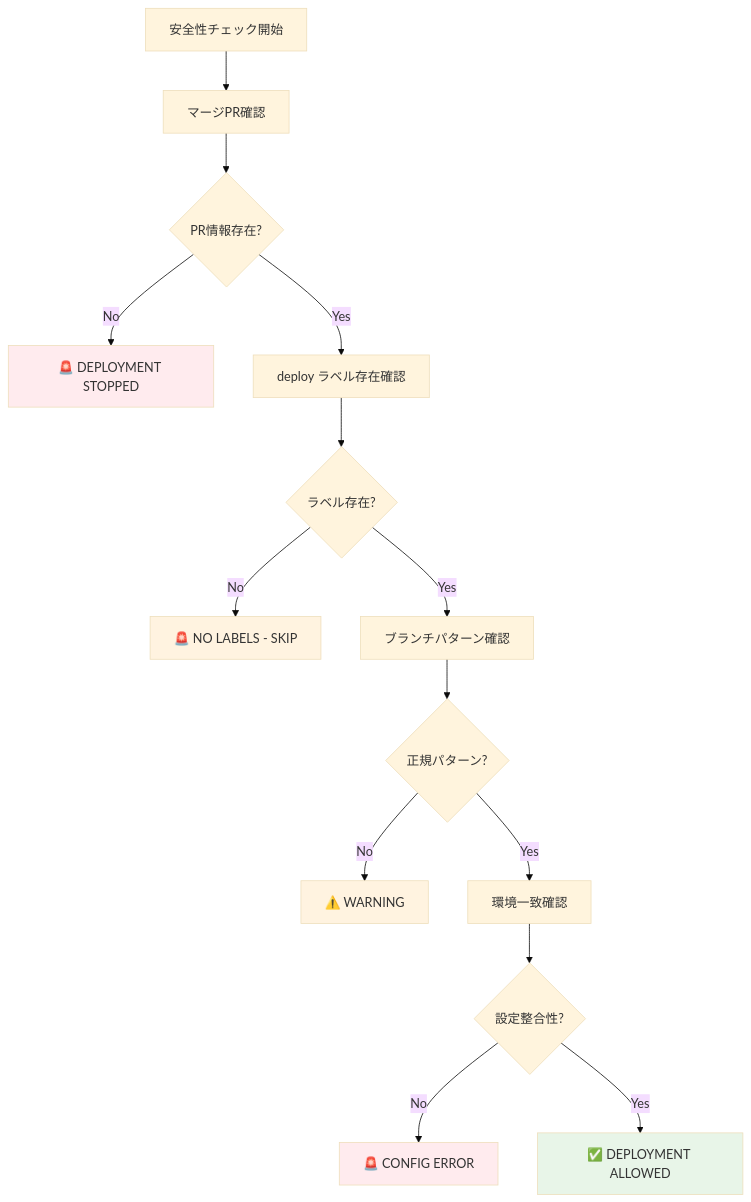
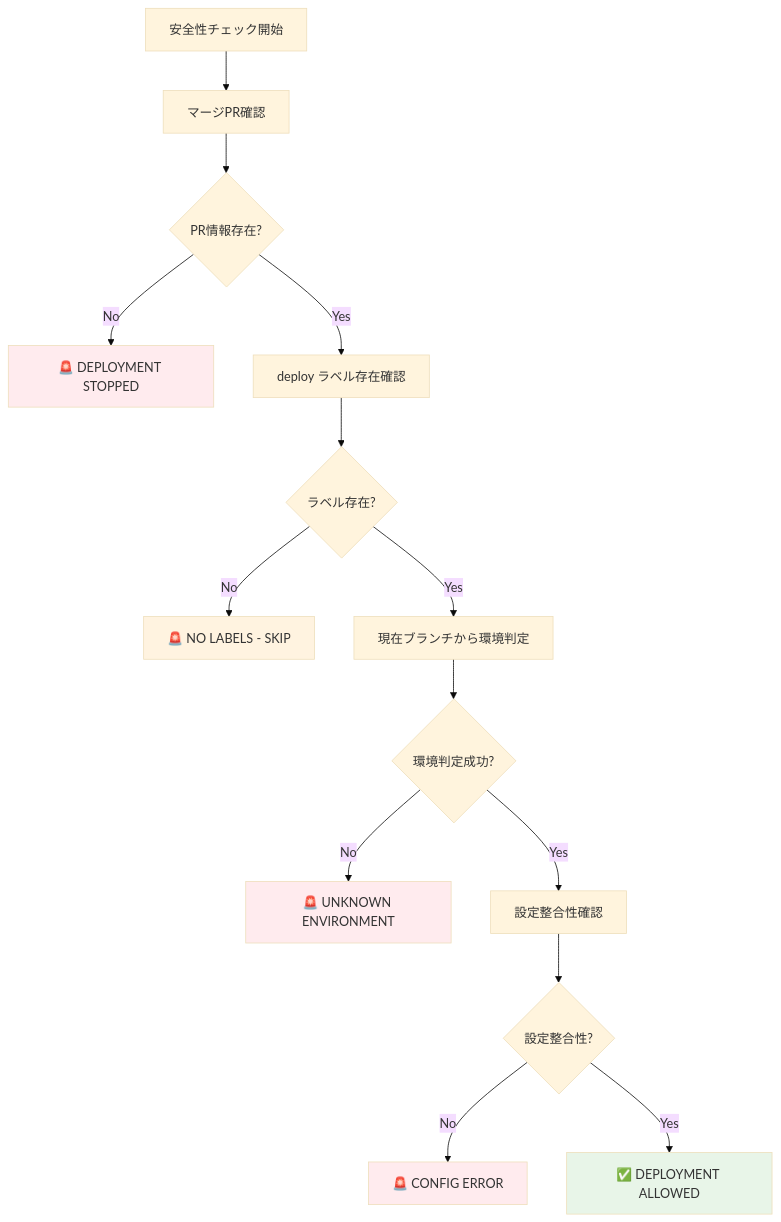
One commit to panicboat/monorepo changed the fourth of 4 diagrams in .github/scripts/deploy-trigger/README.md. Above: the diagram before and after it, drawn with Mermaid (base theme). The commit also changed other lines of this file and 14 other files, not shown here.

````diff
--- a/.github/scripts/deploy-trigger/README.md
+++ b/.github/scripts/deploy-trigger/README.md
@@ -132,26 +246,26 @@
 ```mermaid
 graph TD
     A[安全性チェック開始] --> B[マージPR確認]
     B --> C{PR情報存在?}
 
     C -->|No| D[🚨 DEPLOYMENT STOPPED]
     C -->|Yes| E[deploy ラベル存在確認]
 
     E --> F{ラベル存在?}
     F -->|No| G[🚨 NO LABELS - SKIP]
-    F -->|Yes| H[ブランチパターン確認]
+    F -->|Yes| H[現在ブランチから環境判定]
 
-    H --> I{正規パターン?}
-    I -->|No| J[⚠️ WARNING]
-    I -->|Yes| K[環境一致確認]
+    H --> I{環境判定成功?}
+    I -->|No| J[🚨 UNKNOWN ENVIRONMENT]
+    I -->|Yes| K[設定整合性確認]
 
     K --> L{設定整合性?}
     L -->|No| M[🚨 CONFIG ERROR]
     L -->|Yes| N[✅ DEPLOYMENT ALLOWED]
 
     style D fill:#ffebee
     style G fill:#fff3e0
-    style J fill:#fff3e0
+    style J fill:#ffebee
     style M fill:#ffebee
     style N fill:#e8f5e8
 ```
````
